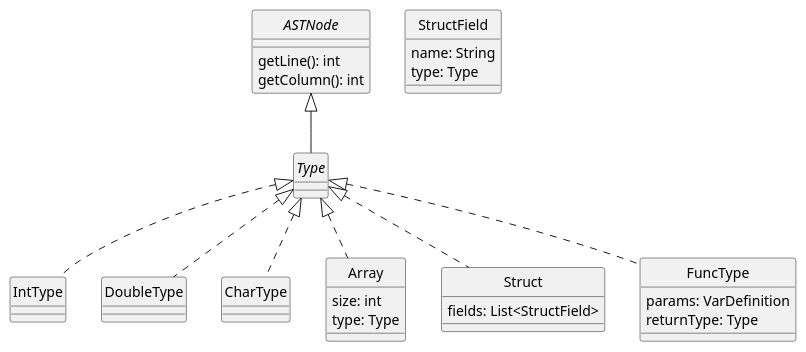
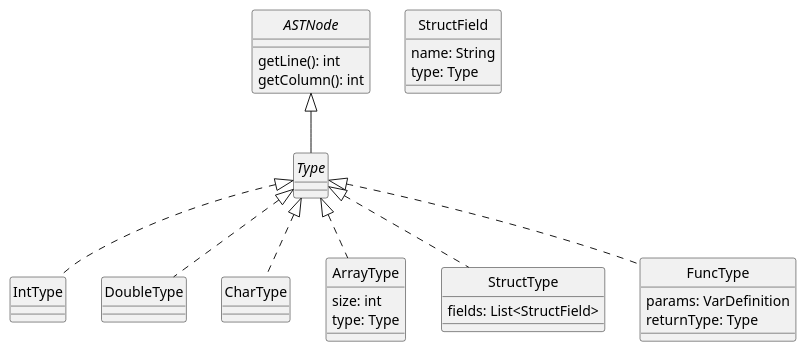
Before and after one commit to DavidGonzalezFernandez/dlp-compiler: the diagram in docs/diagrams/types.plantuml, drawn with PlantUML.

Commit message:
Nombres más homogéneos para los tipos

```diff
--- a/docs/diagrams/types.plantuml
+++ b/docs/diagrams/types.plantuml
@@ -1,54 +1,53 @@
 @startuml Types
 skinparam style strictuml
 skinparam monochrome true
 
 interface ASTNode {
     getLine(): int
     getColumn(): int
 }
 
 interface Type
 
 ASTNode <|-- Type
 
 'Los tipos simples son: int, double, char
 class IntType
 class DoubleType
 class CharType
 
 ' Los tipos complejos son Arrays y Structs
-class Array
-class Struct
+
 
 /' Los arrays pueden ser creados usando [] para construir un tipo nuevo,
 debiendo especificar el tamaño del array, previo a su tipo, en su construcción '/
-class Array {
+class ArrayType {
     size: int
     type: Type
 }
 
 class StructField {
     name: String
     type: Type
 }
 
 ' Un registro se puede crear usando la palabra clave defstruct y definiendo una secuencia de variables
-class Struct {
+class StructType {
     ' TODO ¿por qué este tipo concreto?
     fields: List<StructField>
 }
 
 class FuncType {
     params: VarDefinition
     returnType: Type    /'Sólo se devuelven tipos simples'/
     'TODO ¿qué pasa si el tipo de retorno es VOID?
 }
 
 Type <|.. FuncType
 Type <|.. IntType
 Type <|.. DoubleType
 Type <|.. CharType
-Type <|.. Array
-Type <|.. Struct
+Type <|.. ArrayType
+Type <|.. StructType
 
 @enduml
```
